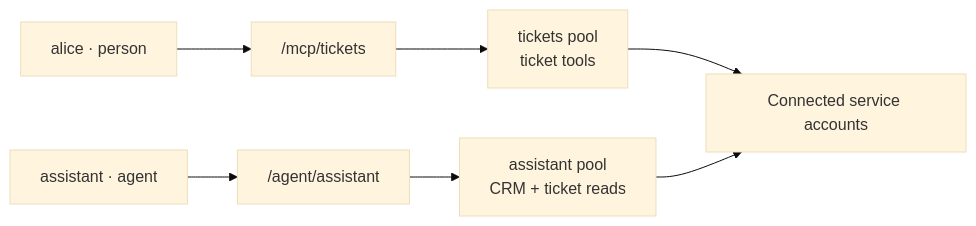
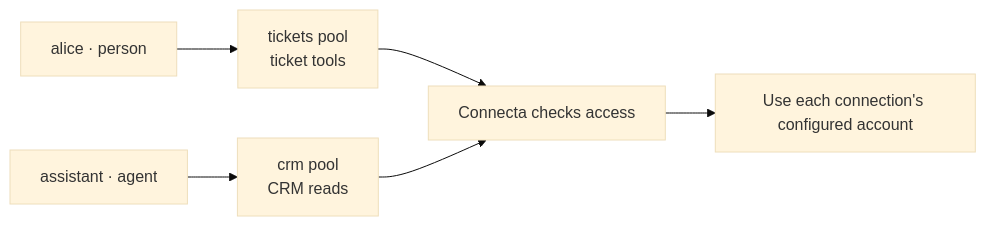
One commit to zackbart/connecta changed the second of 4 diagrams in guides/how-it-works.md. Above: the diagram before and after it, drawn with Mermaid (base theme). The commit also changed other lines of this file and 9 other files, not shown here.

````diff
--- a/guides/how-it-works.md
+++ b/guides/how-it-works.md
@@ -55,9 +50,8 @@
 ```mermaid
 flowchart LR
-    Alice["alice · person"] --> Human["/mcp/tickets"]
-    Assistant["assistant · agent"] --> Machine["/agent/assistant"]
-    Human --> TicketTools["tickets pool<br/>ticket tools"]
-    Machine --> AgentTools["assistant pool<br/>CRM + ticket reads"]
-    TicketTools --> Services["Connected service accounts"]
-    AgentTools --> Services
+    Alice["alice · person"] --> Tickets["tickets pool<br/>ticket tools"]
+    Assistant["assistant · agent"] --> CRM["crm pool<br/>CRM reads"]
+    Tickets --> Check["Connecta checks access"]
+    CRM --> Check
+    Check --> Accounts["Use each connection's configured account"]
 ```
````
